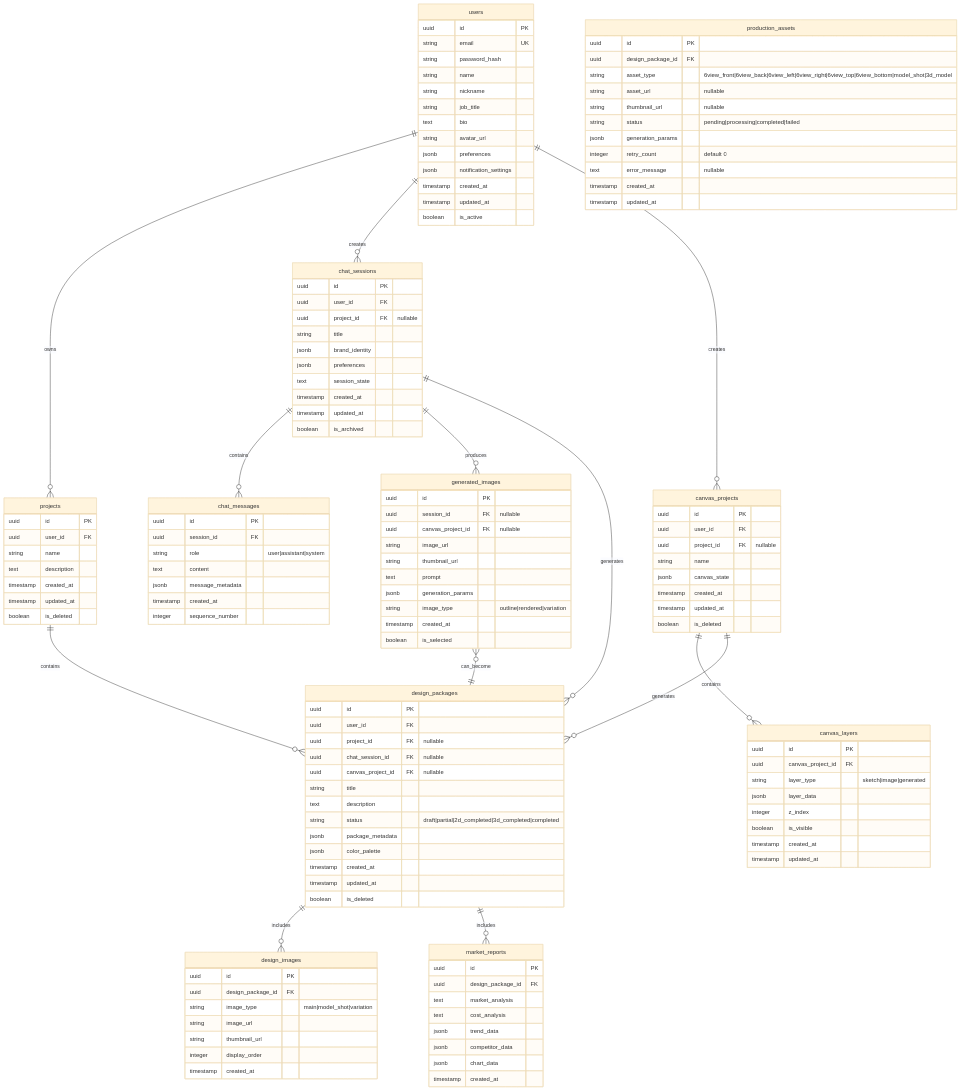
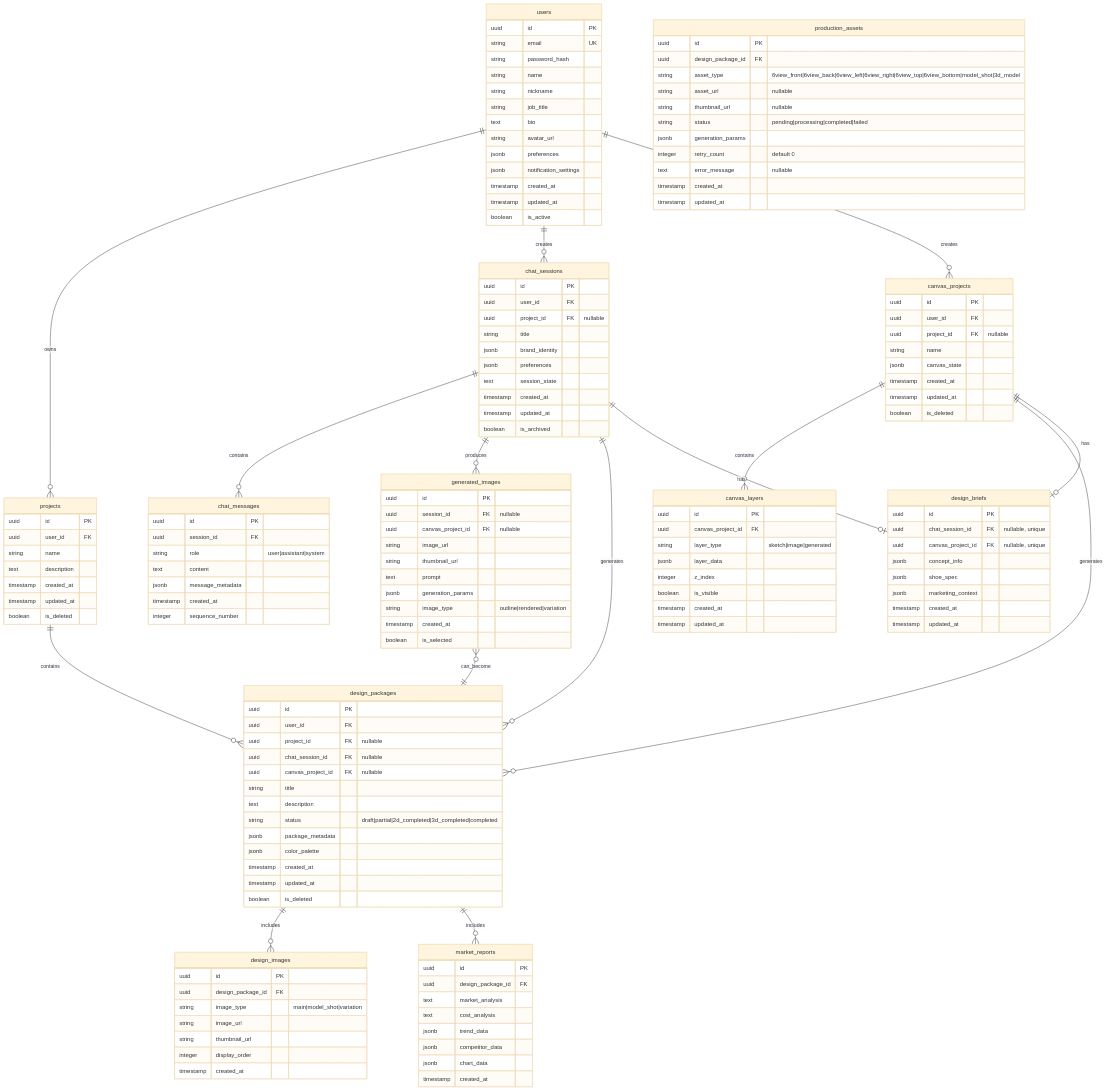
One commit to zoe-seo/mercury_v2_proto changed the diagram in docs/design-be/schema.md. Above: the diagram before and after it, drawn with Mermaid (base theme). The commit also changed other lines of this file and 72 other files, not shown here.

````diff
--- a/docs/design-be/schema.md
+++ b/docs/design-be/schema.md
@@ -21,9 +21,11 @@
     chat_sessions ||--o{ chat_messages : contains
     chat_sessions ||--o{ generated_images : produces
     chat_sessions ||--o{ design_packages : generates
-    
+    chat_sessions ||--o| design_briefs : has
+
     canvas_projects ||--o{ canvas_layers : contains
     canvas_projects ||--o{ design_packages : generates
+    canvas_projects ||--o| design_briefs : has
     
     design_packages ||--o{ design_images : includes
     design_packages ||--o{ market_reports : includes
@@ -166,4 +168,15 @@
         jsonb chart_data
         timestamp created_at
     }
+
+    design_briefs {
+        uuid id PK
+        uuid chat_session_id FK "nullable, unique"
+        uuid canvas_project_id FK "nullable, unique"
+        jsonb concept_info
+        jsonb shoe_spec
+        jsonb marketing_context
+        timestamp created_at
+        timestamp updated_at
+    }
 ```
````
